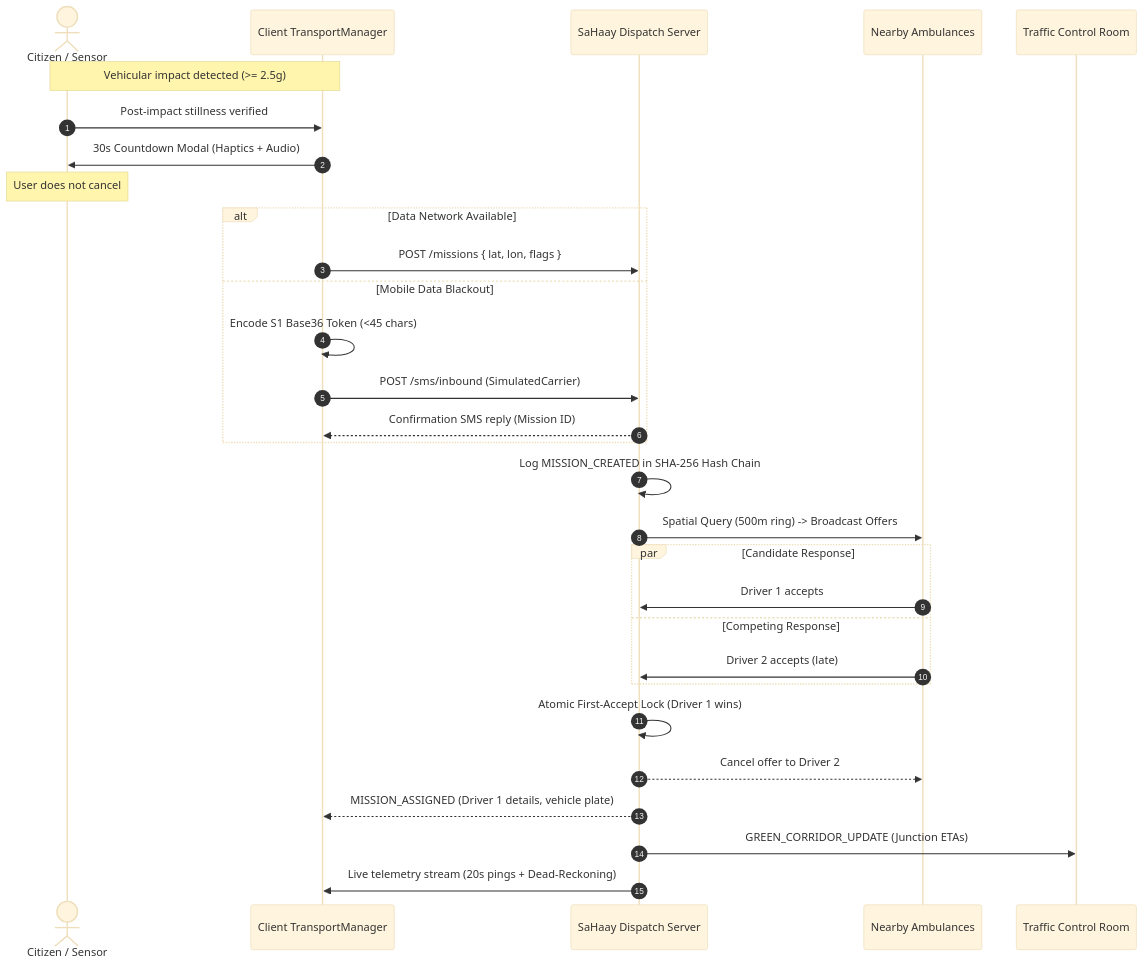
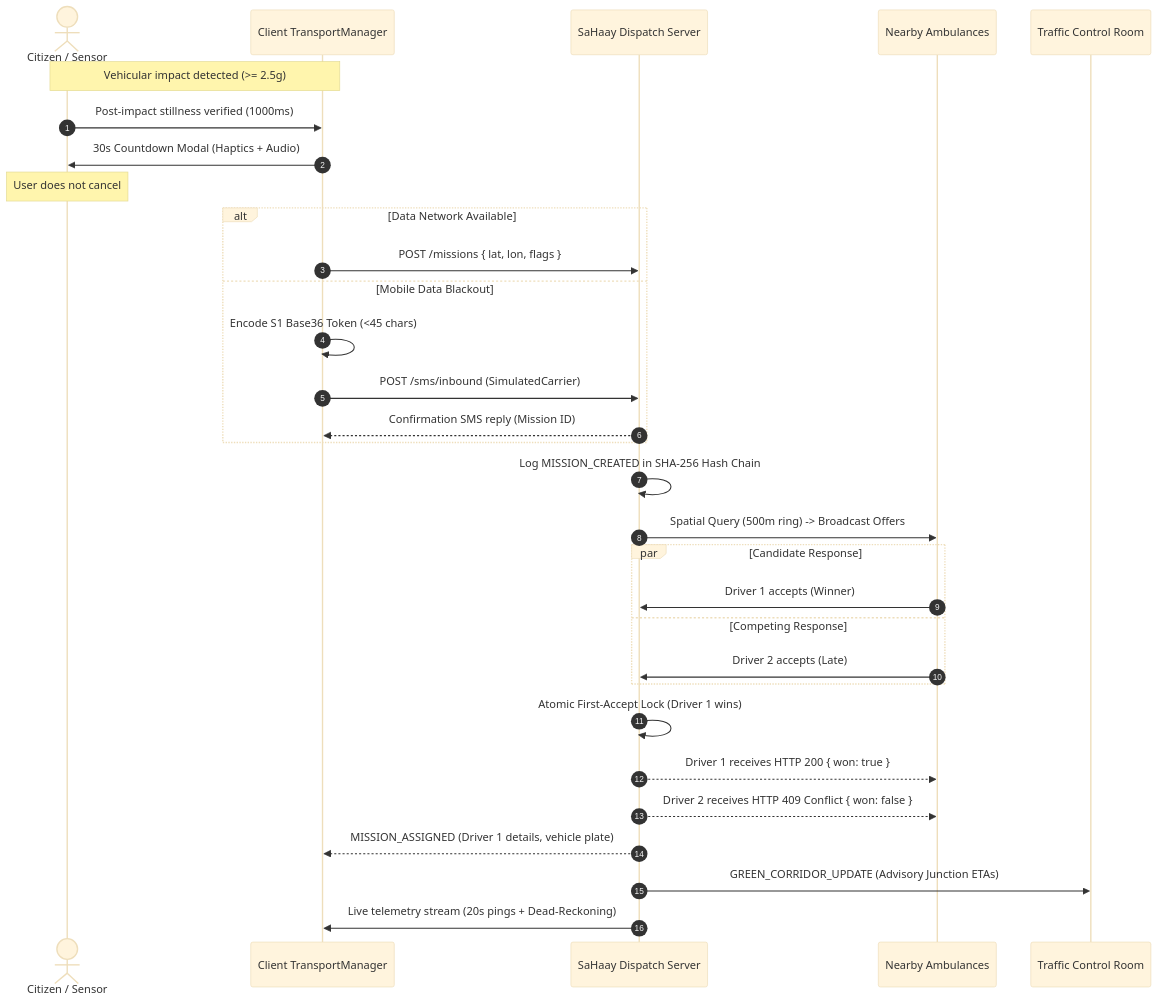
The second of 4 diagrams in HSC Docs and Output/ARCHITECTURE.md (Ahad-Dngwala/SaHaay-2k26), drawn with Mermaid (base theme) before and after one commit. The commit also changed other lines of this file and 35 other files, not shown here.

````diff
--- a/HSC Docs and Output/ARCHITECTURE.md
+++ b/HSC Docs and Output/ARCHITECTURE.md
@@ -55,38 +55,39 @@
 ```mermaid
 sequenceDiagram
     autonumber
     actor Patient as Citizen / Sensor
     participant Client as Client TransportManager
     participant Server as SaHaay Dispatch Server
     participant Fleet as Nearby Ambulances
     participant Authority as Traffic Control Room
 
     Note over Patient, Client: Vehicular impact detected (>= 2.5g)
-    Patient->>Client: Post-impact stillness verified
+    Patient->>Client: Post-impact stillness verified (1000ms)
     Client->>Patient: 30s Countdown Modal (Haptics + Audio)
     Note over Patient: User does not cancel
     
     alt Data Network Available
         Client->>Server: POST /missions { lat, lon, flags }
     else Mobile Data Blackout
         Client->>Client: Encode S1 Base36 Token (<45 chars)
         Client->>Server: POST /sms/inbound (SimulatedCarrier)
         Server-->>Client: Confirmation SMS reply (Mission ID)
     end
 
     Server->>Server: Log MISSION_CREATED in SHA-256 Hash Chain
     Server->>Fleet: Spatial Query (500m ring) -> Broadcast Offers
     
     par Candidate Response
-        Fleet->>Server: Driver 1 accepts
+        Fleet->>Server: Driver 1 accepts (Winner)
     and Competing Response
-        Fleet->>Server: Driver 2 accepts (late)
+        Fleet->>Server: Driver 2 accepts (Late)
     end
 
     Server->>Server: Atomic First-Accept Lock (Driver 1 wins)
-    Server-->>Fleet: Cancel offer to Driver 2
+    Server-->>Fleet: Driver 1 receives HTTP 200 { won: true }
+    Server-->>Fleet: Driver 2 receives HTTP 409 Conflict { won: false }
     Server-->>Client: MISSION_ASSIGNED (Driver 1 details, vehicle plate)
     
-    Server->>Authority: GREEN_CORRIDOR_UPDATE (Junction ETAs)
+    Server->>Authority: GREEN_CORRIDOR_UPDATE (Advisory Junction ETAs)
     Server->>Client: Live telemetry stream (20s pings + Dead-Reckoning)
 ```
````
